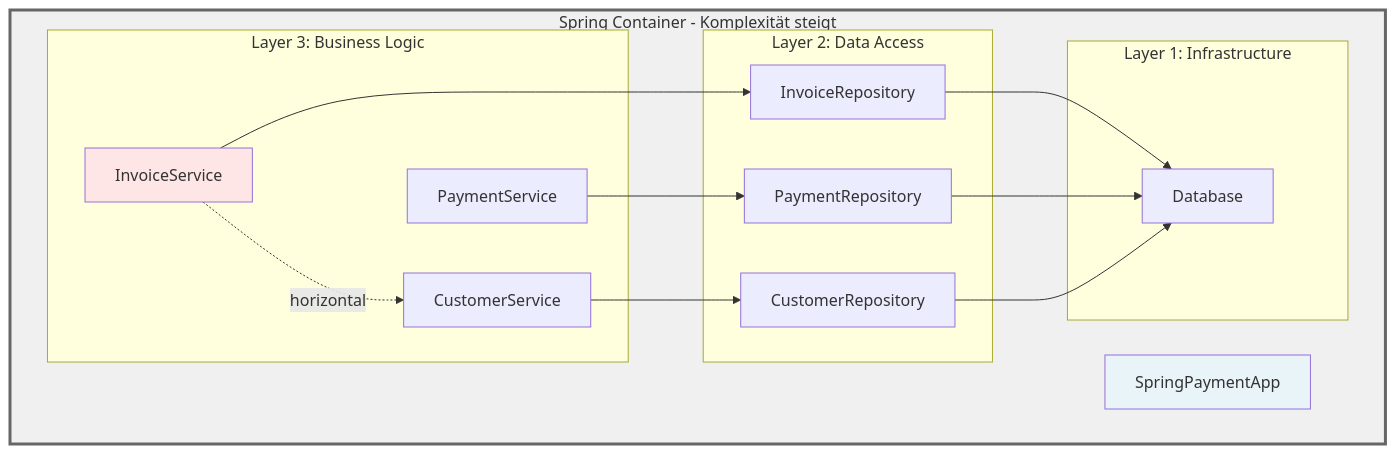
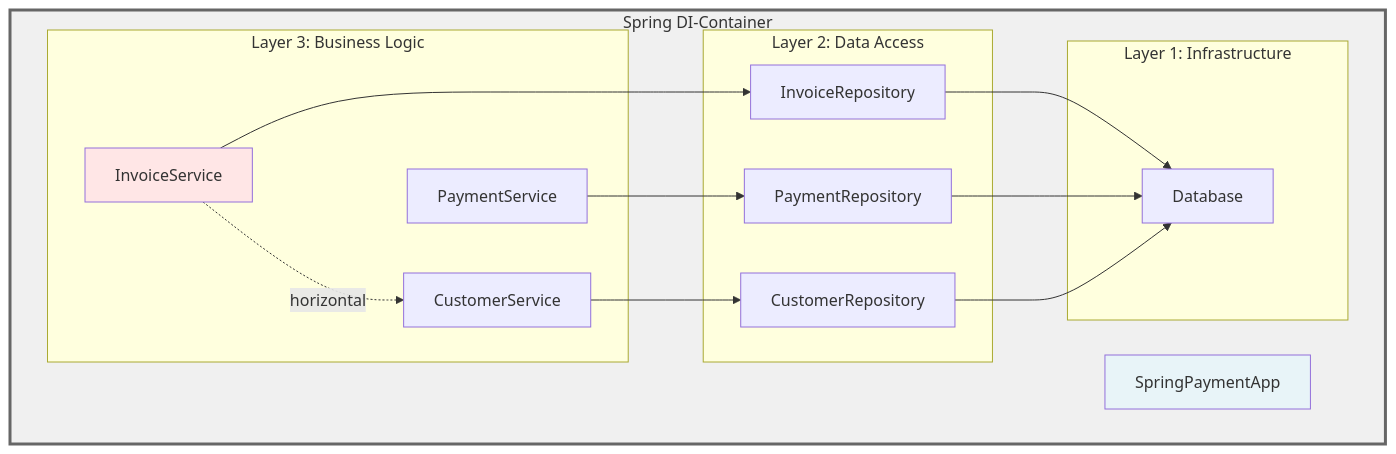
The second of 3 diagrams in blog/_draft/000_notes.md (andreas-wagner-dev/object-oriented-learning-journey), drawn with Mermaid before and after one commit. The commit also changed other lines of this file, not shown here.

````diff
--- a/blog/_draft/000_notes.md
+++ b/blog/_draft/000_notes.md
@@ -79,37 +84,37 @@
 ```mermaid
 graph TB
-    subgraph Container["Spring Container - Komplexität steigt"]
+    subgraph Container["Spring DI-Container"]
         App[SpringPaymentApp]
         
         subgraph L3["Layer 3: Business Logic"]
             Invoice[InvoiceService]
             Payment[PaymentService]
             Customer[CustomerService]
         end
         
         subgraph L2["Layer 2: Data Access"]
             InvoiceRepo[InvoiceRepository]
             PaymentRepo[PaymentRepository]
             CustomerRepo[CustomerRepository]
         end
         
         subgraph L1["Layer 1: Infrastructure"]
             DB[Database]
         end
     end
     
     Invoice --> InvoiceRepo
     Invoice -.->|horizontal| Customer
     
     Payment --> PaymentRepo
     
     Customer --> CustomerRepo
     
     InvoiceRepo --> DB
     PaymentRepo --> DB
     CustomerRepo --> DB
     
     style App fill:#e8f4f8
     style Invoice fill:#ffe6e6
     style Container fill:#f0f0f0,stroke:#666,stroke-width:3px
 ```
````
